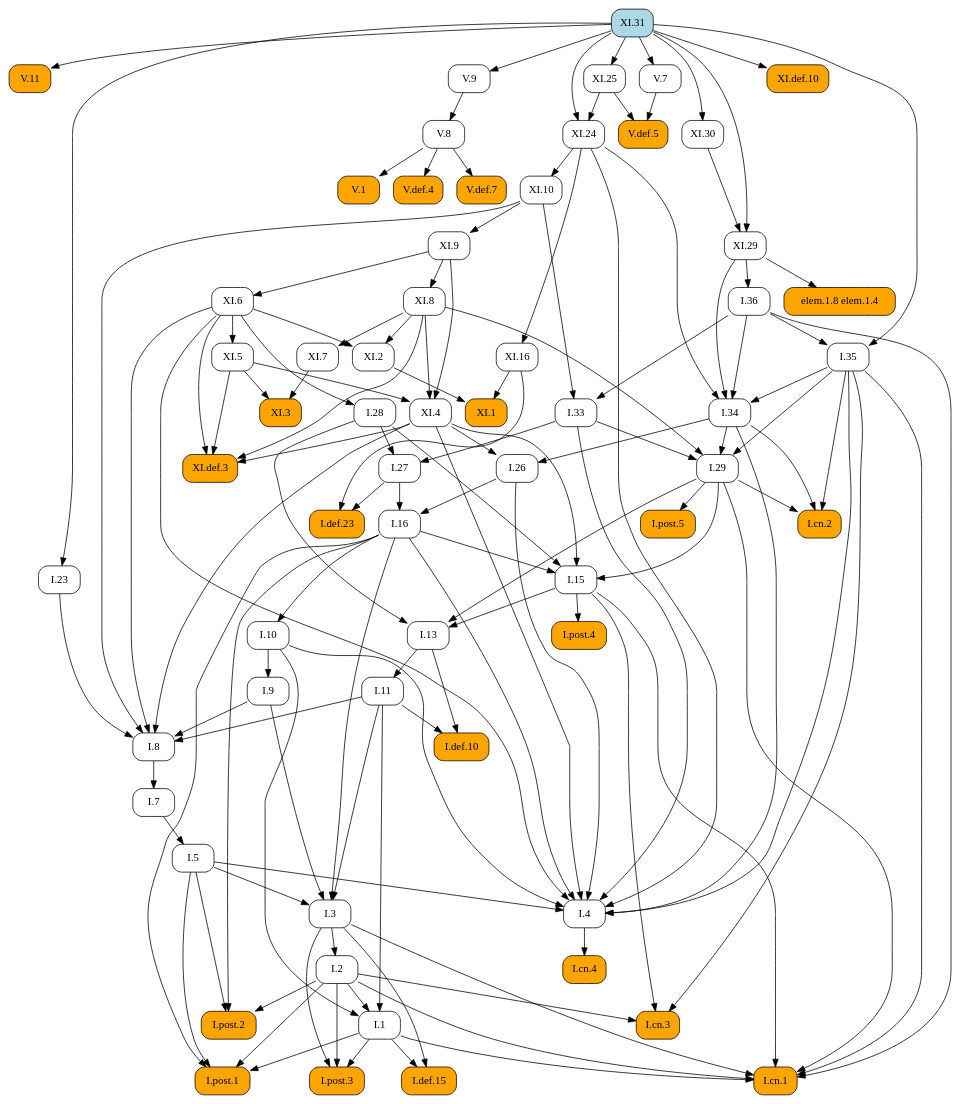
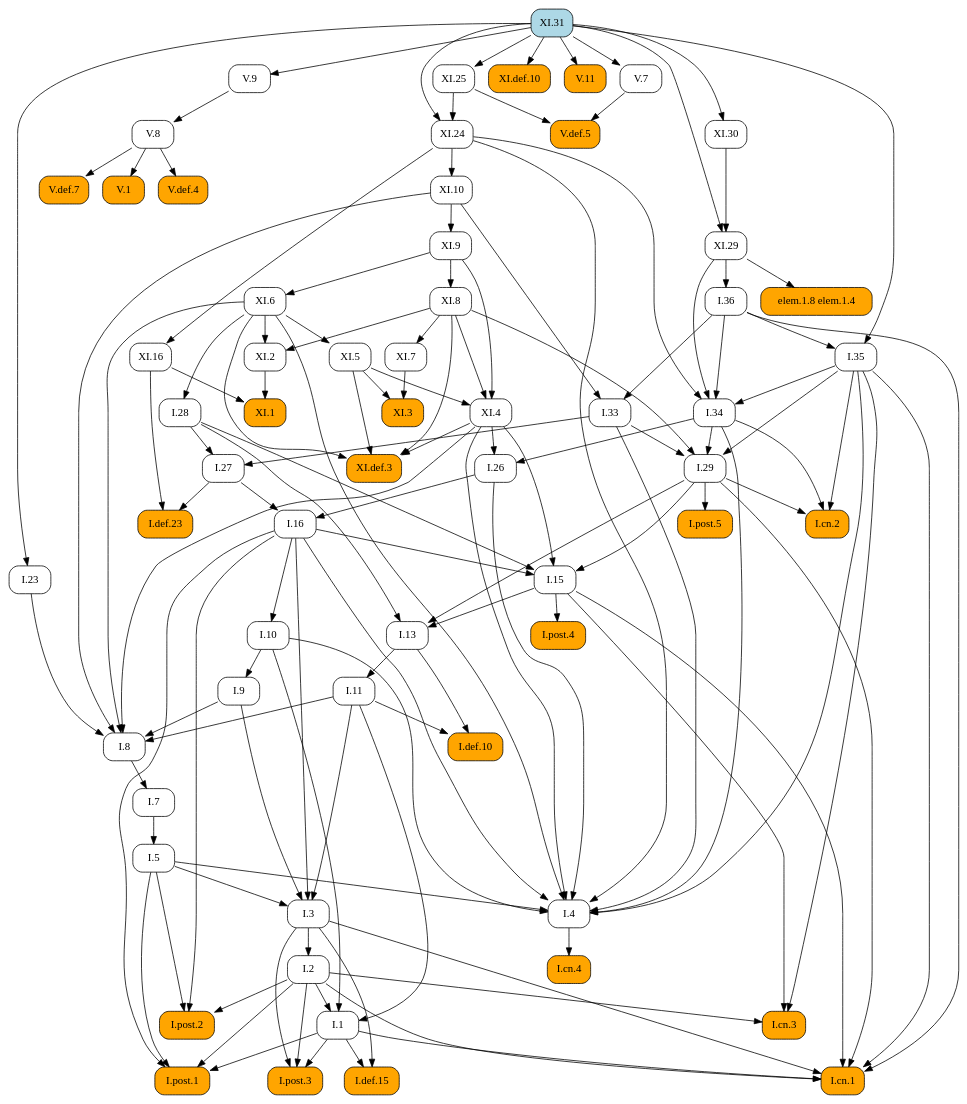
One commit to geometor/elements changed the diagram in docsrc/heath/XI/31/index.rst. Above: the diagram before and after it, drawn with Graphviz. The commit also changed other lines of this file and 484 other files, not shown here.

```diff
--- a/docsrc/heath/XI/31/index.rst
+++ b/docsrc/heath/XI/31/index.rst
@@ -70,103 +70,119 @@
    digraph {
      rankdir="TB";
      node [shape=box, style=rounded];
+     "I.23" [URL="/heath/I/23/", target="_top"];
+     "I.9" [URL="/heath/I/9/", target="_top"];
+     "I.33" [URL="/heath/I/33/", target="_top"];
+     "XI.4" [URL="/heath/XI/4/", target="_top"];
+     "I.def.15" [style="rounded,filled", fillcolor=orange, URL="/heath/I/def.15/", target="_top"];
+     "XI.8" [URL="/heath/XI/8/", target="_top"];
+     "XI.24" [URL="/heath/XI/24/", target="_top"];
+     "V.7" [URL="/heath/V/7/", target="_top"];
+     "XI.6" [URL="/heath/XI/6/", target="_top"];
+     "I.post.3" [style="rounded,filled", fillcolor=orange, URL="/heath/I/post.3/", target="_top"];
+     "I.post.1" [style="rounded,filled", fillcolor=orange, URL="/heath/I/post.1/", target="_top"];
+     "V.def.5" [style="rounded,filled", fillcolor=orange, URL="/heath/V/def.5/", target="_top"];
+     "XI.3" [style="rounded,filled", fillcolor=orange, URL="/heath/XI/3/", target="_top"];
+     "V.9" [URL="/heath/V/9/", target="_top"];
+     "XI.def.10" [style="rounded,filled", fillcolor=orange, URL="/heath/XI/def.10/", target="_top"];
      "I.def.10" [style="rounded,filled", fillcolor=orange, URL="/heath/I/def.10/", target="_top"];
+     "XI.def.3" [style="rounded,filled", fillcolor=orange, URL="/heath/XI/def.3/", target="_top"];
+     "XI.10" [URL="/heath/XI/10/", target="_top"];
+     "elem.1.8 elem.1.4" [style="rounded,filled", fillcolor=orange];
+     "I.27" [URL="/heath/I/27/", target="_top"];
+     "V.11" [style="rounded,filled", fillcolor=orange, URL="/heath/V/11/", target="_top"];
+     "I.34" [URL="/heath/I/34/", target="_top"];
+     "XI.2" [URL="/heath/XI/2/", target="_top"];
+     "I.3" [URL="/heath/I/3/", target="_top"];
+     "V.def.4" [style="rounded,filled", fillcolor=orange, URL="/heath/V/def.4/", target="_top"];
+     "XI.7" [URL="/heath/XI/7/", target="_top"];
+     "I.35" [URL="/heath/I/35/", target="_top"];
+     "I.cn.1" [style="rounded,filled", fillcolor=orange, URL="/heath/I/cn.1/", target="_top"];
+     "I.7" [URL="/heath/I/7/", target="_top"];
+     "V.def.7" [style="rounded,filled", fillcolor=orange, URL="/heath/V/def.7/", target="_top"];
+     "I.2" [URL="/heath/I/2/", target="_top"];
+     "I.36" [URL="/heath/I/36/", target="_top"];
+     "I.13" [URL="/heath/I/13/", target="_top"];
+     "I.post.4" [style="rounded,filled", fillcolor=orange, URL="/heath/I/post.4/", target="_top"];
+     "I.4" [URL="/heath/I/4/", target="_top"];
+     "I.1" [URL="/heath/I/1/", target="_top"];
+     "XI.16" [URL="/heath/XI/16/", target="_top"];
+     "I.5" [URL="/heath/I/5/", target="_top"];
+     "I.8" [URL="/heath/I/8/", target="_top"];
+     "I.cn.3" [style="rounded,filled", fillcolor=orange, URL="/heath/I/cn.3/", target="_top"];
+     "I.29" [URL="/heath/I/29/", target="_top"];
+     "XI.5" [URL="/heath/XI/5/", target="_top"];
+     "I.16" [URL="/heath/I/16/", target="_top"];
+     "V.8" [URL="/heath/V/8/", target="_top"];
+     "XI.31" [style="rounded,filled", fillcolor=lightblue, URL="/heath/XI/31/", target="_top"];
+     "I.15" [URL="/heath/I/15/", target="_top"];
+     "XI.29" [URL="/heath/XI/29/", target="_top"];
+     "V.1" [style="rounded,filled", fillcolor=orange, URL="/heath/V/1/", target="_top"];
      "I.11" [URL="/heath/I/11/", target="_top"];
-     "I.post.4" [style="rounded,filled", fillcolor=orange, URL="/heath/I/post.4/", target="_top"];
-     "I.1" [URL="/heath/I/1/", target="_top"];
-     "XI.def.3" [style="rounded,filled", fillcolor=orange, URL="/heath/XI/def.3/", target="_top"];
+     "I.def.23" [style="rounded,filled", fillcolor=orange, URL="/heath/I/def.23/", target="_top"];
+     "I.10" [URL="/heath/I/10/", target="_top"];
+     "XI.9" [URL="/heath/XI/9/", target="_top"];
+     "I.cn.2" [style="rounded,filled", fillcolor=orange, URL="/heath/I/cn.2/", target="_top"];
+     "I.post.5" [style="rounded,filled", fillcolor=orange, URL="/heath/I/post.5/", target="_top"];
      "I.28" [URL="/heath/I/28/", target="_top"];
+     "I.cn.4" [style="rounded,filled", fillcolor=orange, URL="/heath/I/cn.4/", target="_top"];
+     "XI.1" [style="rounded,filled", fillcolor=orange, URL="/heath/XI/1/", target="_top"];
+     "I.post.2" [style="rounded,filled", fillcolor=orange, URL="/heath/I/post.2/", target="_top"];
      "I.26" [URL="/heath/I/26/", target="_top"];
-     "XI.7" [URL="/heath/XI/7/", target="_top"];
-     "I.29" [URL="/heath/I/29/", target="_top"];
-     "V.def.5" [style="rounded,filled", fillcolor=orange, URL="/heath/V/def.5/", target="_top"];
-     "I.cn.2" [style="rounded,filled", fillcolor=orange, URL="/heath/I/cn.2/", target="_top"];
-     "XI.9" [URL="/heath/XI/9/", target="_top"];
-     "XI.8" [URL="/heath/XI/8/", target="_top"];
-     "V.11" [style="rounded,filled", fillcolor=orange, URL="/heath/V/11/", target="_top"];
      "XI.30" [URL="/heath/XI/30/", target="_top"];
-     "I.def.15" [style="rounded,filled", fillcolor=orange, URL="/heath/I/def.15/", target="_top"];
-     "I.post.3" [style="rounded,filled", fillcolor=orange, URL="/heath/I/post.3/", target="_top"];
-     "XI.5" [URL="/heath/XI/5/", target="_top"];
-     "XI.1" [style="rounded,filled", fillcolor=orange, URL="/heath/XI/1/", target="_top"];
-     "I.cn.1" [style="rounded,filled", fillcolor=orange, URL="/heath/I/cn.1/", target="_top"];
-     "I.cn.3" [style="rounded,filled", fillcolor=orange, URL="/heath/I/cn.3/", target="_top"];
-     "V.7" [URL="/heath/V/7/", target="_top"];
      "XI.25" [URL="/heath/XI/25/", target="_top"];
-     "V.9" [URL="/heath/V/9/", target="_top"];
-     "XI.29" [URL="/heath/XI/29/", target="_top"];
-     "XI.2" [URL="/heath/XI/2/", target="_top"];
-     "I.23" [URL="/heath/I/23/", target="_top"];
-     "I.post.1" [style="rounded,filled", fillcolor=orange, URL="/heath/I/post.1/", target="_top"];
-     "XI.6" [URL="/heath/XI/6/", target="_top"];
-     "I.35" [URL="/heath/I/35/", target="_top"];
-     "XI.16" [URL="/heath/XI/16/", target="_top"];
-     "V.8" [URL="/heath/V/8/", target="_top"];
-     "I.36" [URL="/heath/I/36/", target="_top"];
-     "I.27" [URL="/heath/I/27/", target="_top"];
-     "XI.31" [style="rounded,filled", fillcolor=lightblue, URL="/heath/XI/31/", target="_top"];
-     "I.7" [URL="/heath/I/7/", target="_top"];
-     "I.34" [URL="/heath/I/34/", target="_top"];
-     "I.3" [URL="/heath/I/3/", target="_top"];
-     "I.2" [URL="/heath/I/2/", target="_top"];
-     "I.4" [URL="/heath/I/4/", target="_top"];
-     "I.def.23" [style="rounded,filled", fillcolor=orange, URL="/heath/I/def.23/", target="_top"];
-     "elem.1.8 elem.1.4" [style="rounded,filled", fillcolor=orange];
-     "I.13" [URL="/heath/I/13/", target="_top"];
-     "I.33" [URL="/heath/I/33/", target="_top"];
-     "I.5" [URL="/heath/I/5/", target="_top"];
-     "XI.def.10" [style="rounded,filled", fillcolor=orange, URL="/heath/XI/def.10/", target="_top"];
-     "I.post.2" [style="rounded,filled", fillcolor=orange, URL="/heath/I/post.2/", target="_top"];
-     "V.1" [style="rounded,filled", fillcolor=orange, URL="/heath/V/1/", target="_top"];
-     "I.16" [URL="/heath/I/16/", target="_top"];
-     "I.9" [URL="/heath/I/9/", target="_top"];
-     "I.8" [URL="/heath/I/8/", target="_top"];
-     "I.cn.4" [style="rounded,filled", fillcolor=orange, URL="/heath/I/cn.4/", target="_top"];
-     "V.def.4" [style="rounded,filled", fillcolor=orange, URL="/heath/V/def.4/", target="_top"];
-     "I.15" [URL="/heath/I/15/", target="_top"];
-     "XI.4" [URL="/heath/XI/4/", target="_top"];
-     "XI.24" [URL="/heath/XI/24/", target="_top"];
-     "I.post.5" [style="rounded,filled", fillcolor=orange, URL="/heath/I/post.5/", target="_top"];
-     "V.def.7" [style="rounded,filled", fillcolor=orange, URL="/heath/V/def.7/", target="_top"];
-     "I.10" [URL="/heath/I/10/", target="_top"];
-     "XI.10" [URL="/heath/XI/10/", target="_top"];
-     "XI.3" [style="rounded,filled", fillcolor=orange, URL="/heath/XI/3/", target="_top"];
+     "XI.31" -> "I.23";
+     "I.10" -> "I.9";
+     "I.36" -> "I.33";
+     "XI.10" -> "I.33";
+     "XI.5" -> "XI.4";
+     "XI.8" -> "XI.4";
+     "XI.9" -> "XI.4";
+     "I.1" -> "I.def.15";
+     "I.3" -> "I.def.15";
+     "XI.9" -> "XI.8";
+     "XI.25" -> "XI.24";
+     "XI.31" -> "XI.24";
+     "XI.31" -> "V.7";
+     "XI.9" -> "XI.6";
+     "I.1" -> "I.post.3";
+     "I.2" -> "I.post.3";
+     "I.3" -> "I.post.3";
+     "I.1" -> "I.post.1";
+     "I.2" -> "I.post.1";
+     "I.5" -> "I.post.1";
+     "I.16" -> "I.post.1";
+     "V.7" -> "V.def.5";
+     "XI.25" -> "V.def.5";
+     "XI.5" -> "XI.3";
+     "XI.7" -> "XI.3";
+     "XI.31" -> "V.9";
+     "XI.31" -> "XI.def.10";
      "I.11" -> "I.def.10";
      "I.13" -> "I.def.10";
-     "I.13" -> "I.11";
-     "I.15" -> "I.post.4";
-     "I.2" -> "I.1";
-     "I.10" -> "I.1";
-     "I.11" -> "I.1";
      "XI.4" -> "XI.def.3";
      "XI.5" -> "XI.def.3";
      "XI.6" -> "XI.def.3";
      "XI.8" -> "XI.def.3";
-     "XI.6" -> "I.28";
-     "I.34" -> "I.26";
-     "XI.4" -> "I.26";
+     "XI.24" -> "XI.10";
+     "XI.29" -> "elem.1.8 elem.1.4";
+     "I.28" -> "I.27";
+     "I.33" -> "I.27";
+     "XI.31" -> "V.11";
+     "I.35" -> "I.34";
+     "I.36" -> "I.34";
+     "XI.24" -> "I.34";
+     "XI.29" -> "I.34";
+     "XI.6" -> "XI.2";
+     "XI.8" -> "XI.2";
+     "I.5" -> "I.3";
+     "I.9" -> "I.3";
+     "I.11" -> "I.3";
+     "I.16" -> "I.3";
+     "V.8" -> "V.def.4";
      "XI.8" -> "XI.7";
-     "I.33" -> "I.29";
-     "I.34" -> "I.29";
-     "I.35" -> "I.29";
-     "XI.8" -> "I.29";
-     "V.7" -> "V.def.5";
-     "XI.25" -> "V.def.5";
-     "I.29" -> "I.cn.2";
-     "I.34" -> "I.cn.2";
-     "I.35" -> "I.cn.2";
-     "XI.10" -> "XI.9";
-     "XI.9" -> "XI.8";
-     "XI.31" -> "V.11";
-     "XI.31" -> "XI.30";
-     "I.1" -> "I.def.15";
-     "I.3" -> "I.def.15";
-     "I.1" -> "I.post.3";
-     "I.2" -> "I.post.3";
-     "I.3" -> "I.post.3";
-     "XI.6" -> "XI.5";
-     "XI.2" -> "XI.1";
-     "XI.16" -> "XI.1";
+     "I.36" -> "I.35";
+     "XI.31" -> "I.35";
      "I.1" -> "I.cn.1";
      "I.2" -> "I.cn.1";
      "I.3" -> "I.cn.1";
@@ -174,39 +190,14 @@
      "I.29" -> "I.cn.1";
      "I.35" -> "I.cn.1";
      "I.36" -> "I.cn.1";
-     "I.2" -> "I.cn.3";
-     "I.15" -> "I.cn.3";
-     "I.35" -> "I.cn.3";
-     "XI.31" -> "V.7";
-     "XI.31" -> "XI.25";
-     "XI.31" -> "V.9";
-     "XI.30" -> "XI.29";
-     "XI.31" -> "XI.29";
-     "XI.6" -> "XI.2";
-     "XI.8" -> "XI.2";
-     "XI.31" -> "I.23";
-     "I.1" -> "I.post.1";
-     "I.2" -> "I.post.1";
-     "I.5" -> "I.post.1";
-     "I.16" -> "I.post.1";
-     "XI.9" -> "XI.6";
-     "I.36" -> "I.35";
-     "XI.31" -> "I.35";
-     "XI.24" -> "XI.16";
-     "V.9" -> "V.8";
+     "I.8" -> "I.7";
+     "V.8" -> "V.def.7";
+     "I.3" -> "I.2";
      "XI.29" -> "I.36";
-     "I.28" -> "I.27";
-     "I.33" -> "I.27";
-     "I.8" -> "I.7";
-     "I.35" -> "I.34";
-     "I.36" -> "I.34";
-     "XI.24" -> "I.34";
-     "XI.29" -> "I.34";
-     "I.5" -> "I.3";
-     "I.9" -> "I.3";
-     "I.11" -> "I.3";
-     "I.16" -> "I.3";
-     "I.3" -> "I.2";
+     "I.15" -> "I.13";
+     "I.28" -> "I.13";
+     "I.29" -> "I.13";
+     "I.15" -> "I.post.4";
      "I.5" -> "I.4";
      "I.10" -> "I.4";
      "I.16" -> "I.4";
@@ -217,44 +208,53 @@
      "XI.4" -> "I.4";
      "XI.6" -> "I.4";
      "XI.24" -> "I.4";
-     "I.27" -> "I.def.23";
-     "XI.16" -> "I.def.23";
-     "XI.29" -> "elem.1.8 elem.1.4";
-     "I.15" -> "I.13";
-     "I.28" -> "I.13";
-     "I.29" -> "I.13";
-     "I.36" -> "I.33";
-     "XI.10" -> "I.33";
+     "I.2" -> "I.1";
+     "I.10" -> "I.1";
+     "I.11" -> "I.1";
+     "XI.24" -> "XI.16";
      "I.7" -> "I.5";
-     "XI.31" -> "XI.def.10";
-     "I.2" -> "I.post.2";
-     "I.5" -> "I.post.2";
-     "I.16" -> "I.post.2";
-     "V.8" -> "V.1";
-     "I.26" -> "I.16";
-     "I.27" -> "I.16";
-     "I.10" -> "I.9";
      "I.9" -> "I.8";
      "I.11" -> "I.8";
      "I.23" -> "I.8";
      "XI.4" -> "I.8";
      "XI.6" -> "I.8";
      "XI.10" -> "I.8";
-     "I.4" -> "I.cn.4";
-     "V.8" -> "V.def.4";
+     "I.2" -> "I.cn.3";
+     "I.15" -> "I.cn.3";
+     "I.35" -> "I.cn.3";
+     "I.33" -> "I.29";
+     "I.34" -> "I.29";
+     "I.35" -> "I.29";
+     "XI.8" -> "I.29";
+     "XI.6" -> "XI.5";
+     "I.26" -> "I.16";
+     "I.27" -> "I.16";
+     "V.9" -> "V.8";
      "I.16" -> "I.15";
      "I.28" -> "I.15";
      "I.29" -> "I.15";
      "XI.4" -> "I.15";
-     "XI.5" -> "XI.4";
-     "XI.8" -> "XI.4";
-     "XI.9" -> "XI.4";
-     "XI.25" -> "XI.24";
-     "XI.31" -> "XI.24";
+     "XI.30" -> "XI.29";
+     "XI.31" -> "XI.29";
+     "V.8" -> "V.1";
+     "I.13" -> "I.11";
+     "I.27" -> "I.def.23";
+     "XI.16" -> "I.def.23";
+     "I.16" -> "I.10";
+     "XI.10" -> "XI.9";
+     "I.29" -> "I.cn.2";
+     "I.34" -> "I.cn.2";
+     "I.35" -> "I.cn.2";
      "I.29" -> "I.post.5";
-     "V.8" -> "V.def.7";
-     "I.16" -> "I.10";
-     "XI.24" -> "XI.10";
-     "XI.5" -> "XI.3";
-     "XI.7" -> "XI.3";
+     "XI.6" -> "I.28";
+     "I.4" -> "I.cn.4";
+     "XI.2" -> "XI.1";
+     "XI.16" -> "XI.1";
+     "I.2" -> "I.post.2";
+     "I.5" -> "I.post.2";
+     "I.16" -> "I.post.2";
+     "I.34" -> "I.26";
+     "XI.4" -> "I.26";
+     "XI.31" -> "XI.30";
+     "XI.31" -> "XI.25";
    }
```
